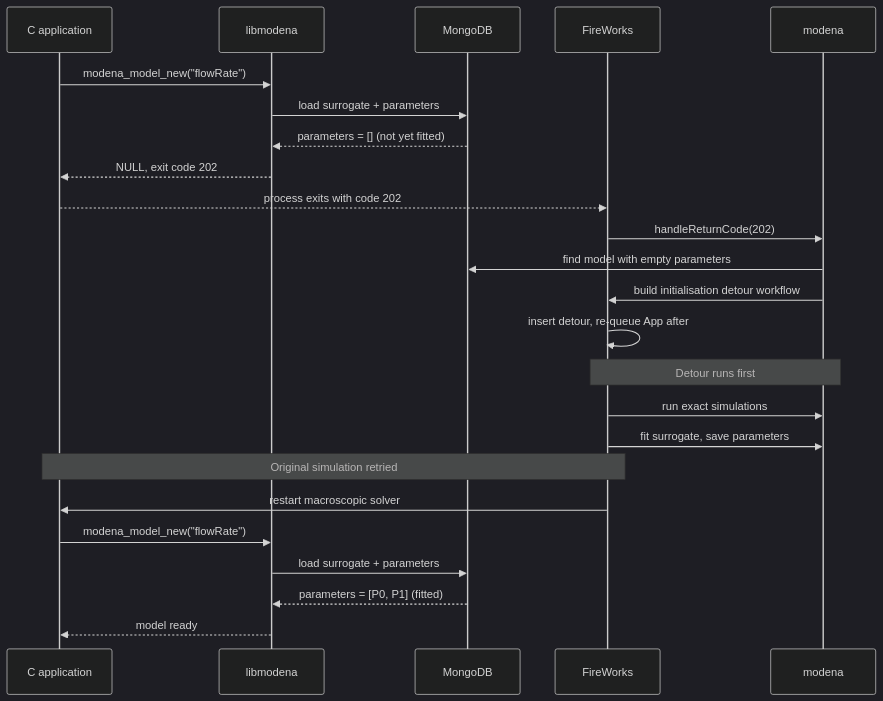
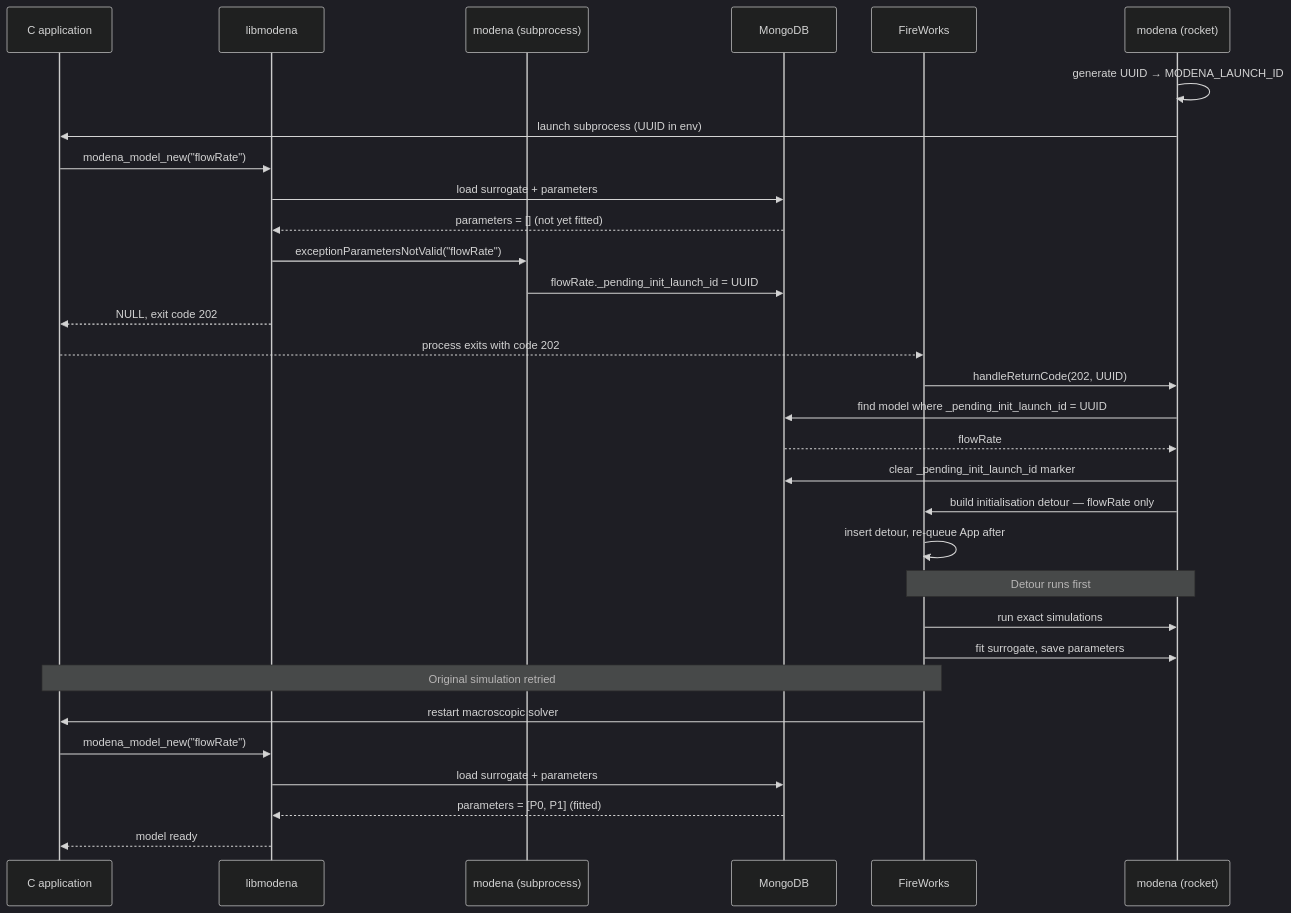
Before and after one commit to sigveka/MoDeNa2: the fourth of 4 diagrams in README.md, drawn with Mermaid (dark theme). The commit also changed other lines of this file and 21 other files, not shown here.

Commit message:
Updated install instructions to ubuntu 24.04. NOTE: deliberately avoiding using venv for now. Also, upgraded failing model exception to only target the specific surrogate function and not initialize all.

````diff
--- a/README.md
+++ b/README.md
@@ -171,30 +176,38 @@
 ```mermaid
 sequenceDiagram
     participant App as C application
     participant lib as libmodena
+    participant emb as modena (subprocess)
     participant DB  as MongoDB
     participant FW  as FireWorks
-    participant py  as modena
+    participant py  as modena (rocket)
+
+    py  ->>  py  : generate UUID → MODENA_LAUNCH_ID
+    py  ->>  App : launch subprocess (UUID in env)
 
     App ->> lib : modena_model_new("flowRate")
     lib ->> DB  : load surrogate + parameters
     DB -->> lib : parameters = [] (not yet fitted)
+    lib ->> emb : exceptionParametersNotValid("flowRate")
+    emb ->> DB  : flowRate._pending_init_launch_id = UUID
     lib -->> App : NULL, exit code 202
     App -->> FW  : process exits with code 202
 
-    FW  ->>  py  : handleReturnCode(202)
-    py  ->>  DB  : find model with empty parameters
-    py  ->>  FW  : build initialisation detour workflow
+    FW  ->>  py  : handleReturnCode(202, UUID)
+    py  ->>  DB  : find model where _pending_init_launch_id = UUID
+    DB -->> py   : flowRate
+    py  ->>  DB  : clear _pending_init_launch_id marker
+    py  ->>  FW  : build initialisation detour — flowRate only
     FW  ->>  FW  : insert detour, re-queue App after
 
     Note over FW,py: Detour runs first
     FW  ->>  py  : run exact simulations
     FW  ->>  py  : fit surrogate, save parameters
 
     Note over FW,App: Original simulation retried
     FW  ->>  App : restart macroscopic solver
-    App ->>  lib : modena_model_new("flowRate")
-    lib ->>  DB  : load surrogate + parameters
-    DB -->>  lib : parameters = [P0, P1] (fitted)
+    App ->> lib : modena_model_new("flowRate")
+    lib ->> DB  : load surrogate + parameters
+    DB -->> lib : parameters = [P0, P1] (fitted)
     lib -->> App : model ready
 ```
````
